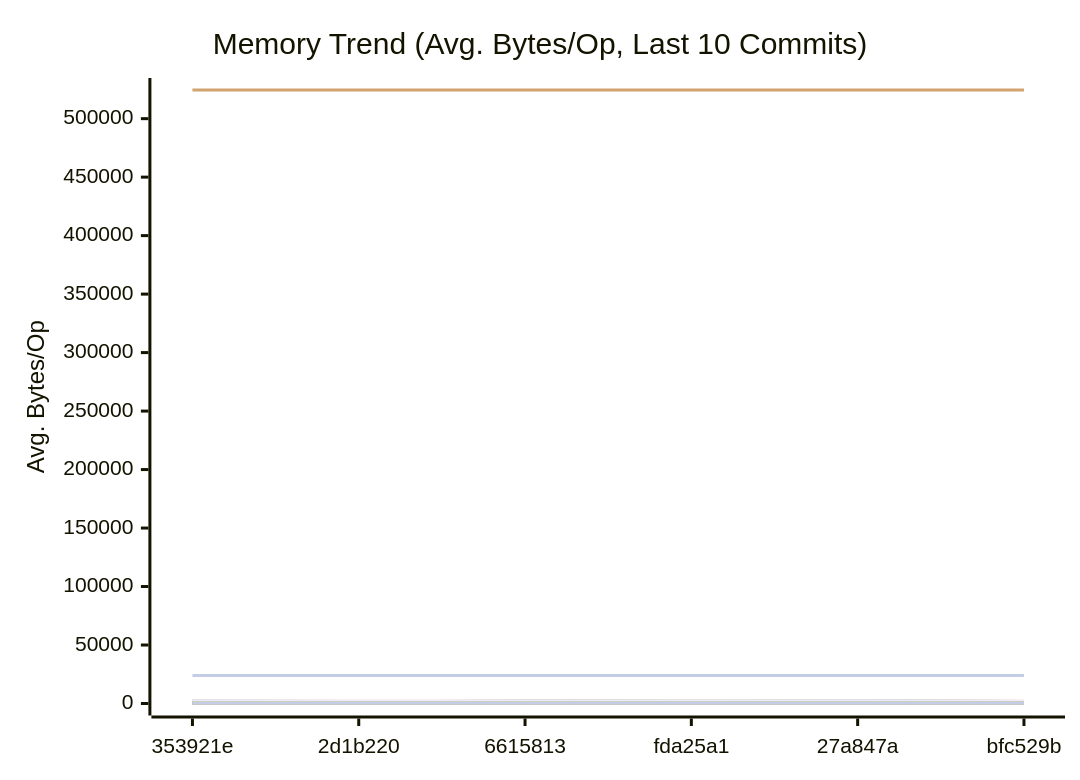
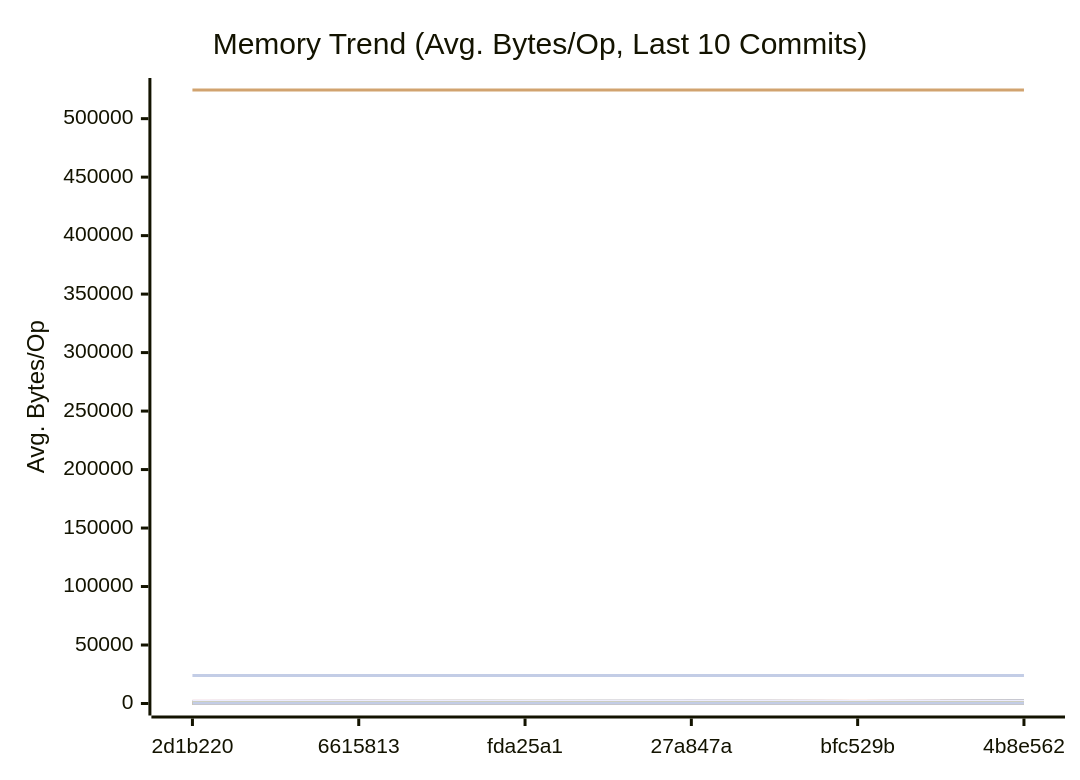
The second of 3 diagrams in docs/PERFORMANCE.md (alsotoes/momo), drawn with Mermaid before and after one commit. The commit also changed other lines of this file and 2 other files, not shown here.

````diff
--- a/docs/PERFORMANCE.md
+++ b/docs/PERFORMANCE.md
@@ -310,44 +310,44 @@
 ```mermaid
 xychart-beta
     title "Memory Trend (Avg. Bytes/Op, Last 10 Commits)"
     x-axis "Commit"
     y-axis "Avg. Bytes/Op"
-    x-axis [353921e,2d1b220,6615813,fda25a1,27a847a,bfc529b]
-    line "AWSChunkedReaderSigned" [105,96,107,130,133,92,114,90,112,123]
-    line "AWSChunkedReaderUnsigned" [108,97,108,145,120,96,115,92,106,128]
+    x-axis [2d1b220,6615813,fda25a1,27a847a,bfc529b,4b8e562]
+    line "AWSChunkedReaderSigned" [96,107,130,133,92,114,90,112,123,120]
+    line "AWSChunkedReaderUnsigned" [97,108,145,120,96,115,92,106,128,114]
     line "CheckMetricsAndSwap" [0,0,0,0,0,0,0,0,0,0]
     line "CrushOptimized" [0,0,0,0,0,0,0,0,0,0]
     line "CrushOriginal" [164,164,164,164,164,164,164,164,164,164]
-    line "FormatListObjectsV2XML_AppendFormat" [524470,524490,524474,524448,524456,524497,524459,524497,524456,524462]
+    line "FormatListObjectsV2XML_AppendFormat" [524490,524474,524448,524456,524497,524459,524497,524456,524462,524471]
     line "FormatListObjectsV2XML_OldFormat" [24000,24000,24000,24000,24000,24000,24000,24000,24000,24000]
-    line "HashBytes/1MiB" [275,210,232,295,219,262,228,187,211,243]
-    line "HashBytes/256MiB" [247,231,248,336,241,209,197,179,222,256]
-    line "HashBytes/64MiB" [228,265,264,298,224,218,199,187,197,314]
-    line "HashFile/1MiB" [241,209,217,265,268,193,211,183,208,265]
-    line "HashFile/256MiB" [258,191,237,254,213,186,204,182,225,228]
-    line "HashFile/64MiB" [200,192,237,307,208,189,169,196,188,233]
+    line "HashBytes/1MiB" [210,232,295,219,262,228,187,211,243,290]
+    line "HashBytes/256MiB" [231,248,336,241,209,197,179,222,256,223]
+    line "HashBytes/64MiB" [265,264,298,224,218,199,187,197,314,223]
+    line "HashFile/1MiB" [209,217,265,268,193,211,183,208,265,220]
+    line "HashFile/256MiB" [191,237,254,213,186,204,182,225,228,267]
+    line "HashFile/64MiB" [192,237,307,208,189,169,196,188,233,279]
     line "IndexDirectTracking" [0,0,0,0,0,0,0,0,0,0]
     line "IndexSearch" [0,0,0,0,0,0,0,0,0,0]
     line "LastModifiedHeader_AppendFormat" [0,0,0,0,0,0,0,0,0,0]
-    line "LastModifiedHeader_Format" [0,0,0,0,0,0,32,32,32,32]
+    line "LastModifiedHeader_Format" [0,0,0,0,0,32,32,32,32,32]
     line "LoadGlobalConfig" [1976,1976,1976,1976,1976,1976,1976,1976,1976,1976]
-    line "LocalWrite/1MiB" [1967,1729,1822,2210,2188,1670,2035,1605,1690,1878]
-    line "LocalWrite/256MiB" [1959,1986,2025,2273,2129,1901,2016,1569,1965,2213]
-    line "LocalWrite/64MiB" [2038,2017,2019,2009,2055,1696,1940,1626,1869,1996]
+    line "LocalWrite/1MiB" [1729,1822,2210,2188,1670,2035,1605,1690,1878,2000]
+    line "LocalWrite/256MiB" [1986,2025,2273,2129,1901,2016,1569,1965,2213,2198]
+    line "LocalWrite/64MiB" [2017,2019,2009,2055,1696,1940,1626,1869,1996,2347]
     line "PadString" [64,64,64,64,64,64,64,64,64,64]
     line "ParseReplicationOrder_NoPrealloc" [408,408,408,408,408,248,248,248,248,248]
     line "ParseReplicationOrder_Prealloc" [240,240,240,240,240,80,80,80,80,80]
     line "Placement" [352,352,352,352,352,352,352,352,352,352]
     line "PlacementDomainSpread" [352,352,352,352,352,352,352,352,352,352]
-    line "ReadVerify/1MiB" [241,216,218,270,281,180,264,197,219,269]
-    line "ReadVerify/256MiB" [176,222,249,254,263,189,215,198,201,243]
-    line "ReadVerify/64MiB" [186,222,318,274,236,196,211,199,193,258]
-    line "S3PutSpool/1MiB" [259,187,211,176,177,159,188,171,198,188]
-    line "S3PutSpool/256MiB" [246,154,231,193,232,187,250,173,207,211]
-    line "S3PutSpool/64MiB" [228,171,236,182,189,172,246,185,193,227]
+    line "ReadVerify/1MiB" [216,218,270,281,180,264,197,219,269,310]
+    line "ReadVerify/256MiB" [222,249,254,263,189,215,198,201,243,229]
+    line "ReadVerify/64MiB" [222,318,274,236,196,211,199,193,258,279]
+    line "S3PutSpool/1MiB" [187,211,176,177,159,188,171,198,188,188]
+    line "S3PutSpool/256MiB" [154,231,193,232,187,250,173,207,211,206]
+    line "S3PutSpool/64MiB" [171,236,182,189,172,246,185,193,227,211]
     line "SanitizeLog/Safe" [0,0,0,0,0,0,0,0,0,0]
     line "SanitizeLog/Unsafe" [704,704,704,704,704,704,704,704,704,704]
-    line "TrustedRead/1MiB" [157,183,238,219,242,197,199,189,186,225]
-    line "TrustedRead/256MiB" [170,199,249,188,196,208,241,183,260,229]
-    line "TrustedRead/64MiB" [164,192,222,185,257,219,231,178,227,239]
+    line "TrustedRead/1MiB" [183,238,219,242,197,199,189,186,225,283]
+    line "TrustedRead/256MiB" [199,249,188,196,208,241,183,260,229,250]
+    line "TrustedRead/64MiB" [192,222,185,257,219,231,178,227,239,258]
 ```
````
